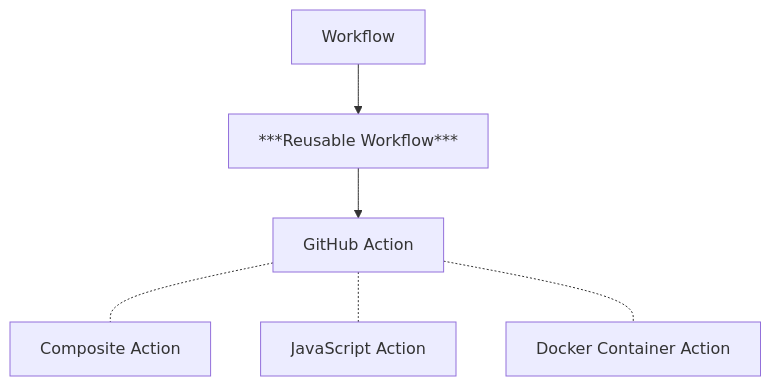
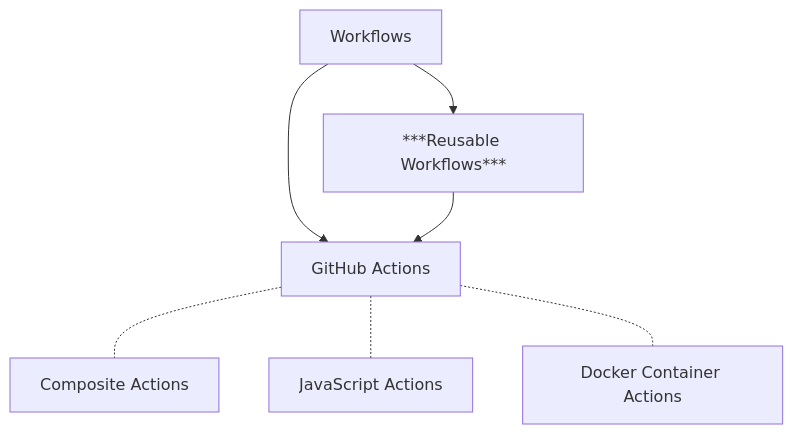
One commit to devantler-tech/reusable-workflows changed the diagram in README.md. Above: the diagram before and after it, drawn with Mermaid.

Commit message:
fix: update diagram in README to correct relationships between workflows and actions

````diff
--- a/README.md
+++ b/README.md
@@ -10,8 +10,9 @@
 ```mermaid
 graph TD
-  A[Workflow] --> B[***Reusable Workflow***]
-  B --> C[GitHub Action]
-  C -.- D[Composite Action]
-  C -.- E[JavaScript Action]
-  C -.- F[Docker Container Action]
+  A[Workflows] --> B[***Reusable Workflows***]
+  A --> C
+  B --> C[GitHub Actions]
+  C -.- D[Composite Actions]
+  C -.- E[JavaScript Actions]
+  C -.- F[Docker Container Actions]
 ```
````
